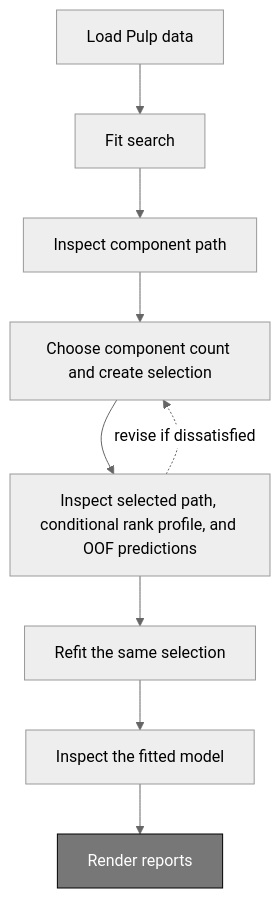
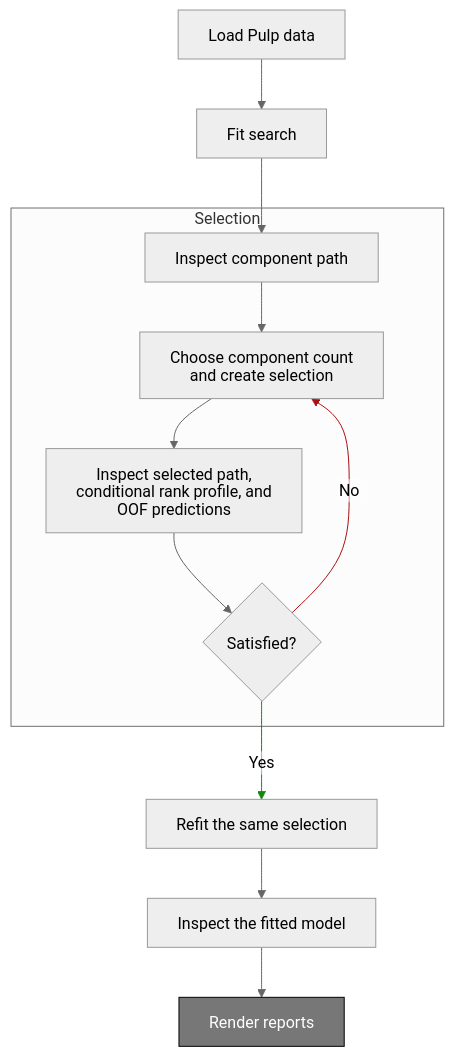
Before and after one commit to stefanlindstroem/pipls_private: the diagram in docs/tutorials/pulp.md, drawn with Mermaid (neutral theme).

Commit message:
Establish behavioral testing cleanup, plud

````diff
--- a/docs/tutorials/pulp.md
+++ b/docs/tutorials/pulp.md
@@ -14,15 +14,24 @@
 ```mermaid
+---
+config:
+  htmlLabels: false
+---
 flowchart TD
     load["Load Pulp data"]
     search["Fit search"]
-    path["Inspect component path"]
-    select["Choose component count and create selection"]
-    review["Inspect selected path, conditional rank profile, and OOF predictions"]
+    subgraph "Selection"
+      path["Inspect component path"]
+      select["Choose component count and create selection"]
+      review["Inspect selected path, conditional rank profile, and OOF predictions"]
+      decide{"Satisfied?"}
+    end
     refit["Refit the same selection"]
     analyze["Inspect the fitted model"]
     render["Render reports"]
 
-    load --> search --> path --> select --> review --> refit --> analyze --> render
-    review -. revise if dissatisfied .-> select
+    load --> search --> path --> select --> review --> decide -->|Yes| refit --> analyze --> render
+    decide -->|No| select
     style render fill:#777,stroke:#000,color:#fff
+    linkStyle 5 stroke:#181,color:black;
+    linkStyle 8 stroke:#a11,color:black;
 ```
````
